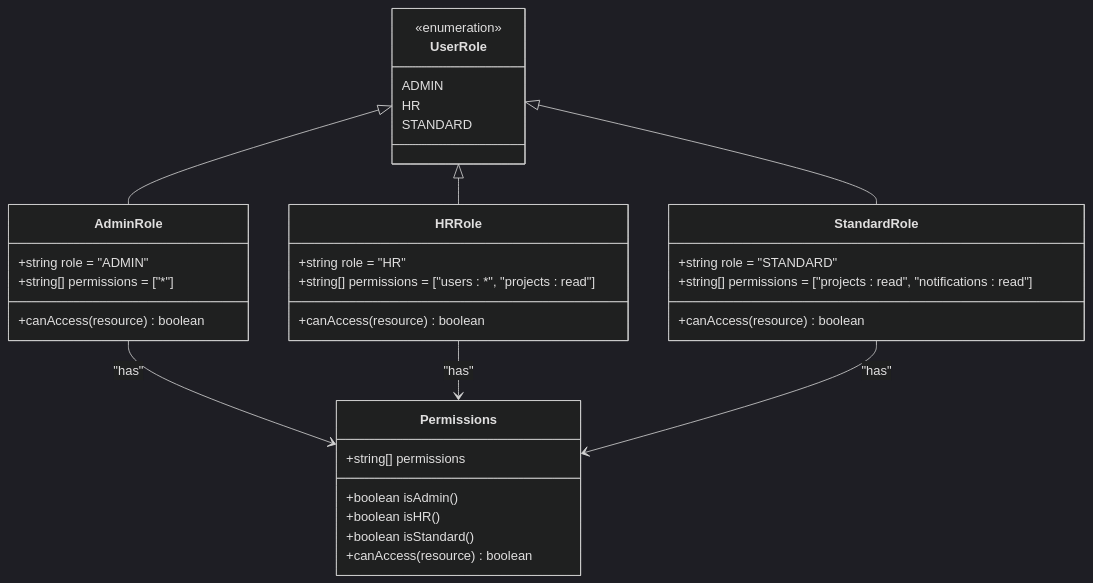
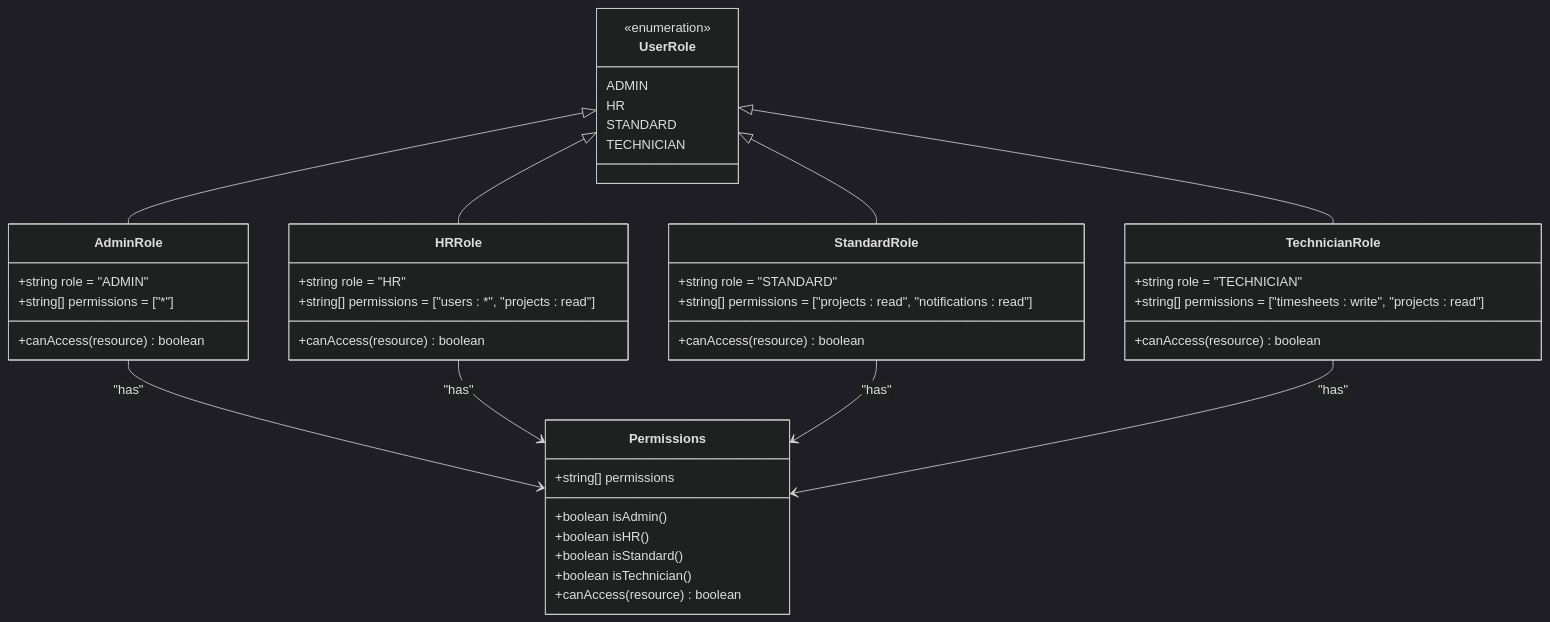
The sixth of 13 diagrams in .qoder/repowiki/en/content/Segurança e Autenticação.md (RobertRuas/windlog), drawn with Mermaid (dark theme) before and after one commit. The commit also changed other lines of this file and 81 other files, not shown here.

````diff
--- a/.qoder/repowiki/en/content/Segurança e Autenticação.md
+++ b/.qoder/repowiki/en/content/Segurança e Autenticação.md
@@ -184,37 +302,46 @@
 ```mermaid
 classDiagram
 class UserRole {
 <<enumeration>>
 ADMIN
 HR
 STANDARD
+TECHNICIAN
 }
 class Permissions {
 +string[] permissions
 +boolean isAdmin()
 +boolean isHR()
 +boolean isStandard()
++boolean isTechnician()
 +canAccess(resource) boolean
 }
 class AdminRole {
 +string role = "ADMIN"
 +string[] permissions = ["*"]
 +canAccess(resource) boolean
 }
 class HRRole {
 +string role = "HR"
 +string[] permissions = ["users : *", "projects : read"]
 +canAccess(resource) boolean
 }
 class StandardRole {
 +string role = "STANDARD"
 +string[] permissions = ["projects : read", "notifications : read"]
 +canAccess(resource) boolean
 }
+class TechnicianRole {
++string role = "TECHNICIAN"
++string[] permissions = ["timesheets : write", "projects : read"]
++canAccess(resource) boolean
+}
 UserRole <|-- AdminRole
 UserRole <|-- HRRole
 UserRole <|-- StandardRole
+UserRole <|-- TechnicianRole
 AdminRole --> Permissions : "has"
 HRRole --> Permissions : "has"
 StandardRole --> Permissions : "has"
+TechnicianRole --> Permissions : "has"
 ```
````
